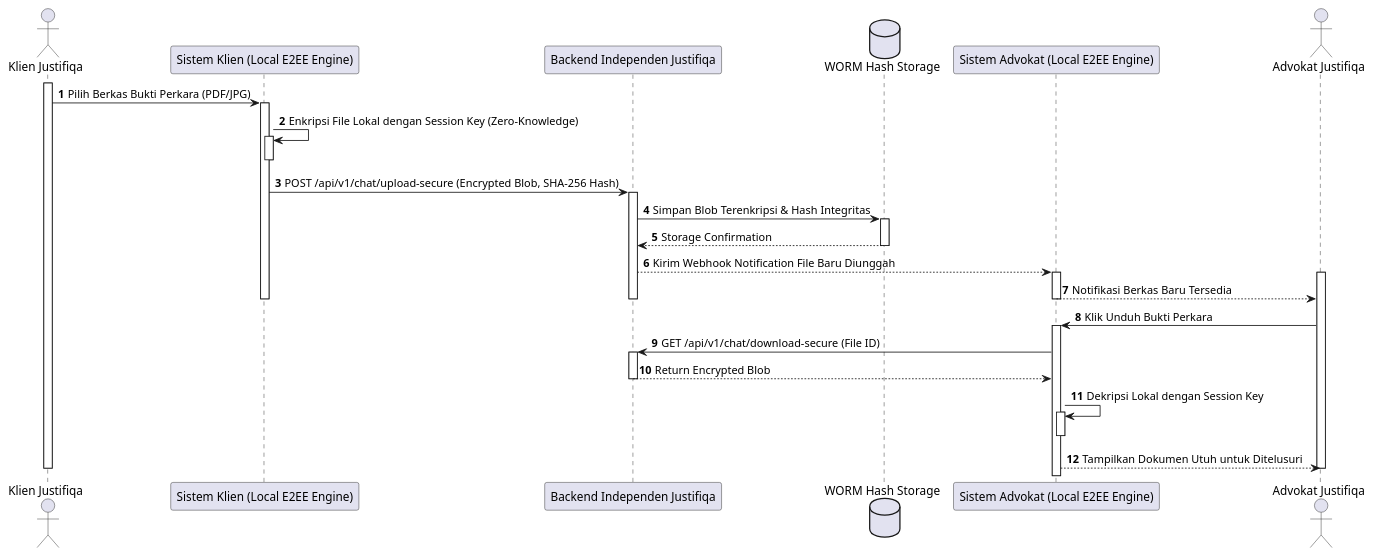
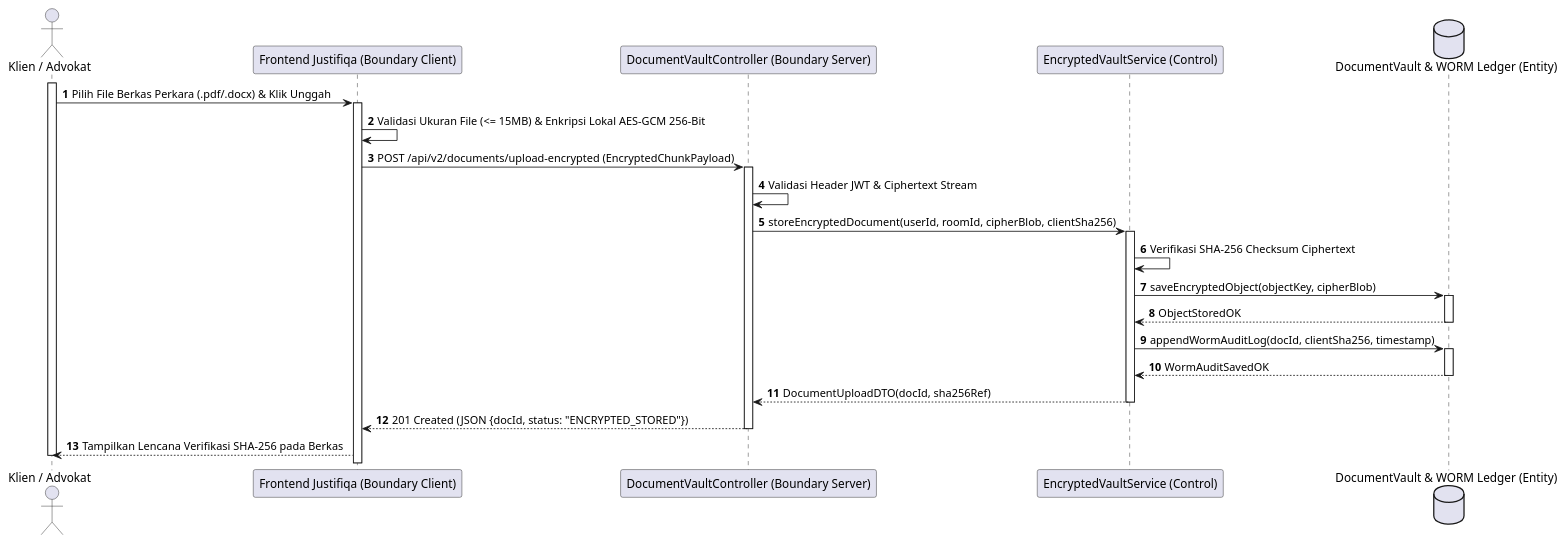
The fifth of 28 diagrams in MarkDown/plantuml_sequence_diagrams.md (tupperwureism/SuperApp-Gagal), drawn with PlantUML before and after one commit. The commit also changed other lines of this file and 1 other file, not shown here.

Commit message:
fix(sequence-diagrams): regenerate all 28 Sequence Diagrams with deterministic hand-crafted 5-Lifeline BCE flows

````diff
--- a/MarkDown/plantuml_sequence_diagrams.md
+++ b/MarkDown/plantuml_sequence_diagrams.md
@@ -255,34 +247,26 @@
 ```plantuml
 @startuml
 autonumber
-actor "Klien Justifiqa" as Klien
-participant "Sistem Klien (Local E2EE Engine)" as LocK
-participant "Backend Independen Justifiqa" as C_Svc
-database "WORM Hash Storage" as WORM
-participant "Sistem Advokat (Local E2EE Engine)" as LocM
-actor "Advokat Justifiqa" as Mitra
+actor "Klien / Advokat" as User
+participant "Frontend Justifiqa (Boundary Client)" as B_FE
+participant "DocumentVaultController (Boundary Server)" as B_BE
+participant "EncryptedVaultService (Control)" as C_Svc
+database "DocumentVault & WORM Ledger (Entity)" as E_DB
 
-activate Klien
-Klien -> LocK ++ : Pilih Berkas Bukti Perkara (PDF/JPG)
-LocK -> LocK ++ : Enkripsi File Lokal dengan Session Key (Zero-Knowledge)
-deactivate LocK
-LocK -> C_Svc ++ : POST /api/v1/chat/upload-secure (Encrypted Blob, SHA-256 Hash)
-C_Svc -> WORM ++ : Simpan Blob Terenkripsi & Hash Integritas
-WORM --> C_Svc -- : Storage Confirmation
-C_Svc --> LocM ++ : Kirim Webhook Notification File Baru Diunggah
-activate Mitra
-LocM --> Mitra : Notifikasi Berkas Baru Tersedia
-deactivate LocM
-deactivate C_Svc
-deactivate LocK
-
-Mitra -> LocM ++ : Klik Unduh Bukti Perkara
-LocM -> C_Svc ++ : GET /api/v1/chat/download-secure (File ID)
-C_Svc --> LocM -- : Return Encrypted Blob
-LocM -> LocM ++ : Dekripsi Lokal dengan Session Key
-deactivate LocM
-LocM --> Mitra : Tampilkan Dokumen Utuh untuk Ditelusuri
-deactivate Klien
-deactivate Mitra
+activate User
+User -> B_FE ++ : Pilih File Berkas Perkara (.pdf/.docx) & Klik Unggah
+B_FE -> B_FE : Validasi Ukuran File (<= 15MB) & Enkripsi Lokal AES-GCM 256-Bit
+B_FE -> B_BE ++ : POST /api/v2/documents/upload-encrypted (EncryptedChunkPayload)
+B_BE -> B_BE : Validasi Header JWT & Ciphertext Stream
+B_BE -> C_Svc ++ : storeEncryptedDocument(userId, roomId, cipherBlob, clientSha256)
+C_Svc -> C_Svc : Verifikasi SHA-256 Checksum Ciphertext
+C_Svc -> E_DB ++ : saveEncryptedObject(objectKey, cipherBlob)
+E_DB --> C_Svc -- : ObjectStoredOK
+C_Svc -> E_DB ++ : appendWormAuditLog(docId, clientSha256, timestamp)
+E_DB --> C_Svc -- : WormAuditSavedOK
+C_Svc --> B_BE -- : DocumentUploadDTO(docId, sha256Ref)
+B_BE --> B_FE -- : 201 Created (JSON {docId, status: "ENCRYPTED_STORED"})
+B_FE --> User : Tampilkan Lencana Verifikasi SHA-256 pada Berkas
+deactivate User
 @enduml
 ```
````
